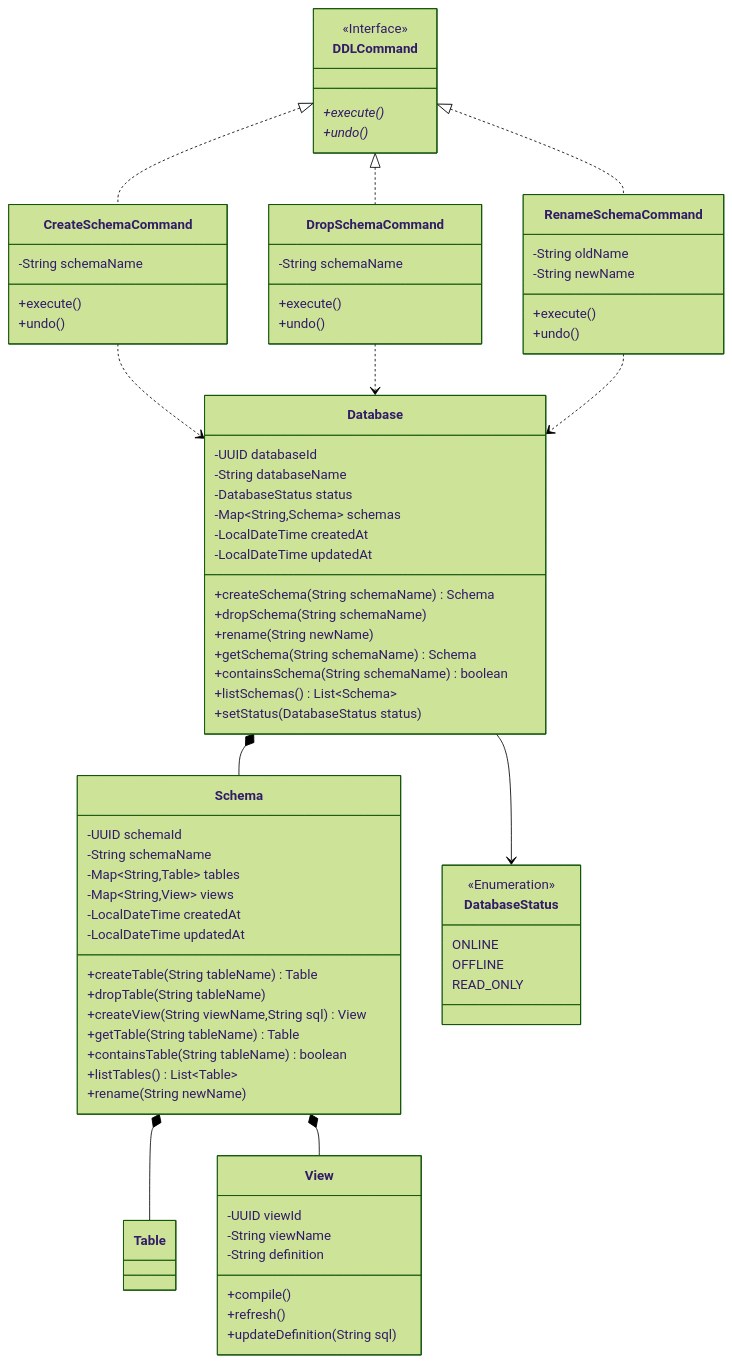
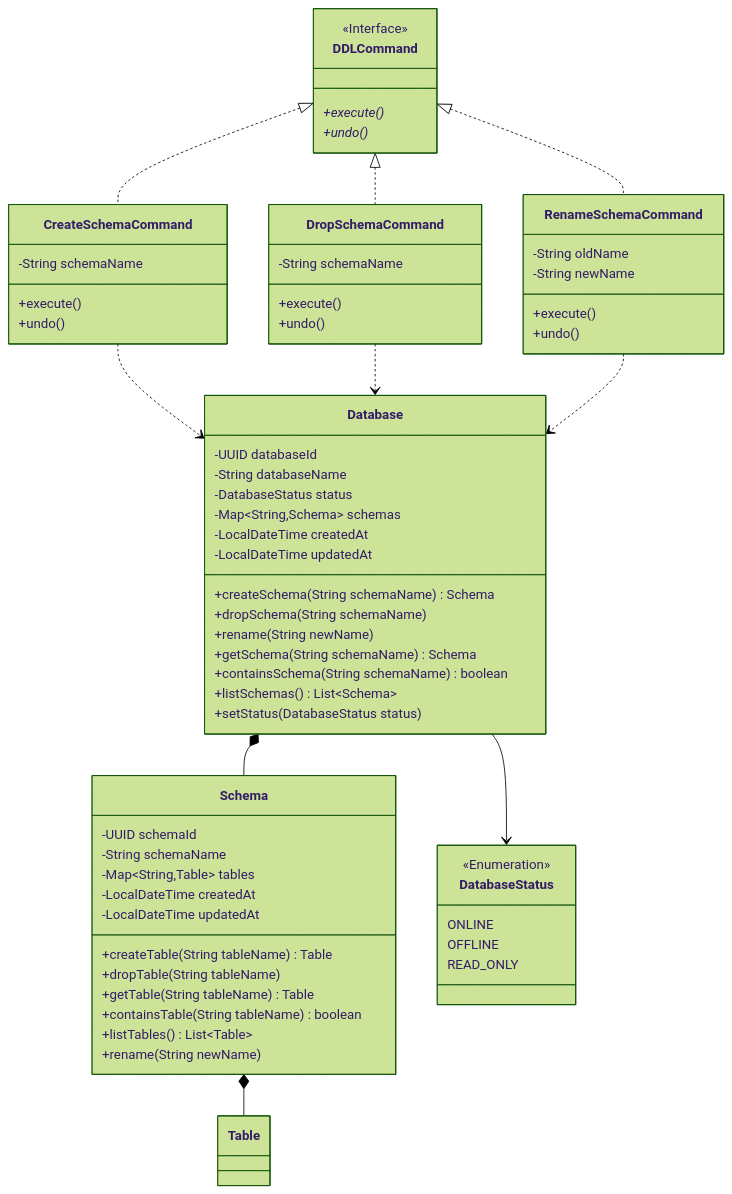
The diagram in docs/class_diagram/metadata/detail/Schema.md (Dikhang1112/Database_Management_BBV), drawn with Mermaid (forest theme) before and after one commit. The commit also changed 27 other files, not shown here.

```diff
--- a/docs/class_diagram/metadata/detail/Schema.md
+++ b/docs/class_diagram/metadata/detail/Schema.md
@@ -36,15 +36,12 @@
         -String schemaName
 
         -Map~String,Table~ tables
-        -Map~String,View~ views
 
         -LocalDateTime createdAt
         -LocalDateTime updatedAt
 
         +createTable(String tableName) Table
         +dropTable(String tableName)
-
-        +createView(String viewName,String sql) View
 
         +getTable(String tableName) Table
         +containsTable(String tableName) boolean
@@ -58,17 +55,6 @@
 %% =====================================================
 
     class Table
-
-    class View{
-
-        -UUID viewId
-        -String viewName
-        -String definition
-
-        +compile()
-        +refresh()
-        +updateDefinition(String sql)
-    }
 
 %% =====================================================
 %% COMMAND PATTERN
@@ -125,7 +111,6 @@
     Database *-- Schema
 
     Schema *-- Table
-    Schema *-- View
 
     Database --> DatabaseStatus
 
```
